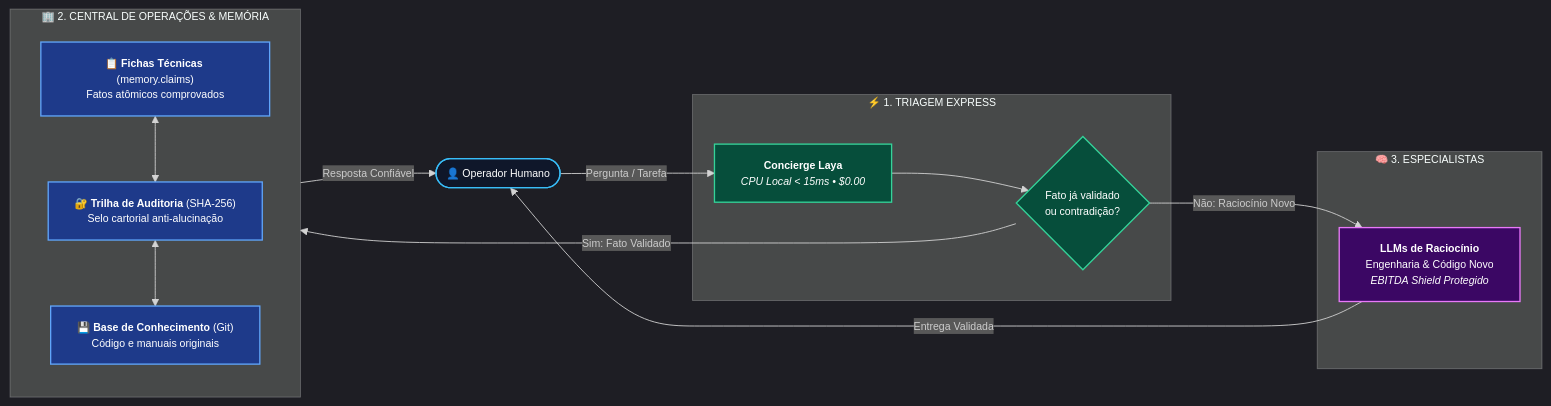
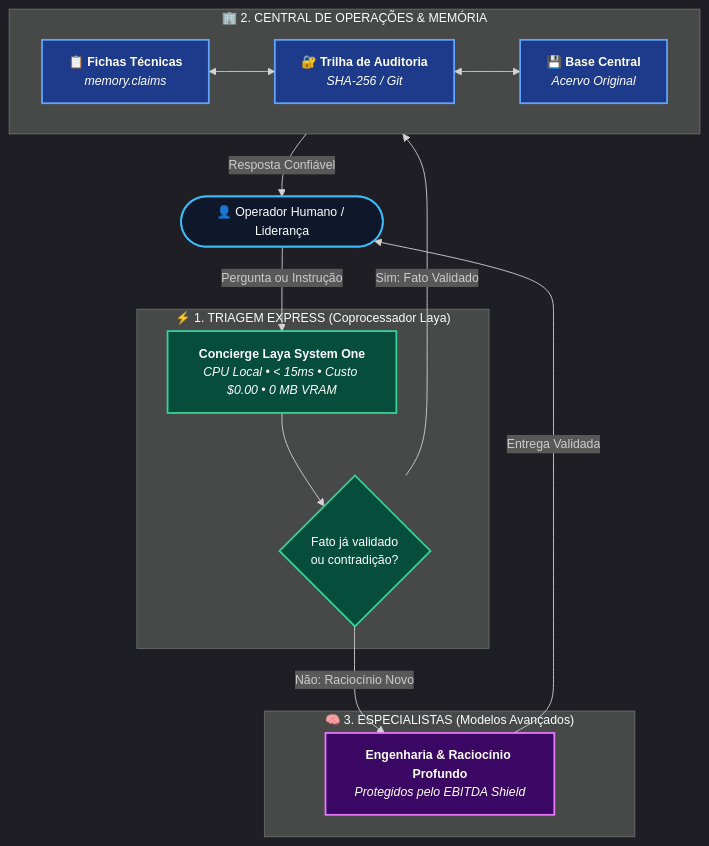
The diagram in docs/architecture-v2-executive-guide.md (EnterDufter/PromptCoreLabs_AEOS), drawn with Mermaid before and after one commit. The commit also changed 1 other file, not shown here.

Commit message:
fix(guide): calibra proporcao e amplia tipografia do diagrama do guia executivo para 14px

````diff
--- a/docs/architecture-v2-executive-guide.md
+++ b/docs/architecture-v2-executive-guide.md
@@ -20,39 +20,39 @@
 ```mermaid
-%%{init: {'theme': 'dark', 'themeVariables': { 'fontSize': '12px', 'fontFamily': 'Inter, sans-serif' }}}%%
-flowchart LR
-    Cliente(["👤 Operador Humano"])
+%%{init: {'theme': 'dark', 'themeVariables': { 'fontSize': '14px', 'fontFamily': 'Inter, sans-serif' }}}%%
+flowchart TD
+    Cliente(["👤 Operador Humano / Liderança"])
 
-    subgraph Portaria["⚡ 1. TRIAGEM EXPRESS"]
-        Laya["<b>Concierge Laya</b><br/><i>CPU Local &lt; 15ms • $0.00</i>"]
+    subgraph Portaria["⚡ 1. TRIAGEM EXPRESS (Coprocessador Laya)"]
+        Laya["<b>Concierge Laya System One</b><br/><i>CPU Local • &lt; 15ms • Custo $0.00 • 0 MB VRAM</i>"]
         Filtro{"Fato já validado<br/>ou contradição?"}
         Laya --> Filtro
     end
 
     subgraph Hub["🏢 2. CENTRAL DE OPERAÇÕES & MEMÓRIA"]
-        direction TB
-        Fichas["📋 <b>Fichas Técnicas</b> (memory.claims)<br/>Fatos atômicos comprovados"]
-        Trilha["🔐 <b>Trilha de Auditoria</b> (SHA-256)<br/>Selo cartorial anti-alucinação"]
-        Base["💾 <b>Base de Conhecimento</b> (Git)<br/>Código e manuais originais"]
+        direction LR
+        Fichas["📋 <b>Fichas Técnicas</b><br/><i>memory.claims</i>"]
+        Trilha["🔐 <b>Trilha de Auditoria</b><br/><i>SHA-256 / Git</i>"]
+        Base["💾 <b>Base Central</b><br/><i>Acervo Original</i>"]
         Fichas <--> Trilha <--> Base
     end
 
-    subgraph Especialistas["🧠 3. ESPECIALISTAS"]
-        LLM["<b>LLMs de Raciocínio</b><br/>Engenharia & Código Novo<br/><i>EBITDA Shield Protegido</i>"]
+    subgraph Especialistas["🧠 3. ESPECIALISTAS (Modelos Avançados)"]
+        LLM["<b>Engenharia & Raciocínio Profundo</b><br/><i>Protegidos pelo EBITDA Shield</i>"]
     end
 
-    Cliente -->|"Pergunta / Tarefa"| Laya
+    Cliente -->|"Pergunta ou Instrução"| Laya
     Filtro -->|"Sim: Fato Validado"| Fichas
     Trilha -->|"Resposta Confiável"| Cliente
     Filtro -->|"Não: Raciocínio Novo"| LLM
     LLM -->|"Entrega Validada"| Cliente
 
-    classDef cliente fill:#0f172a,stroke:#38bdf8,stroke-width:1.5px,color:#fff;
-    classDef portaria fill:#064e3b,stroke:#34d399,stroke-width:1.5px,color:#fff;
-    classDef hub fill:#1e3a8a,stroke:#60a5fa,stroke-width:1.5px,color:#fff;
-    classDef espec fill:#3b0764,stroke:#e879f9,stroke-width:1.5px,color:#fff;
+    classDef cliente fill:#0f172a,stroke:#38bdf8,stroke-width:2px,color:#fff;
+    classDef portaria fill:#064e3b,stroke:#34d399,stroke-width:2px,color:#fff;
+    classDef hub fill:#1e3a8a,stroke:#60a5fa,stroke-width:2px,color:#fff;
+    classDef espec fill:#3b0764,stroke:#e879f9,stroke-width:2px,color:#fff;
 
     class Cliente cliente;
     class Laya,Filtro portaria;
     class Fichas,Trilha,Base hub;
     class LLM espec;
 ```
````
